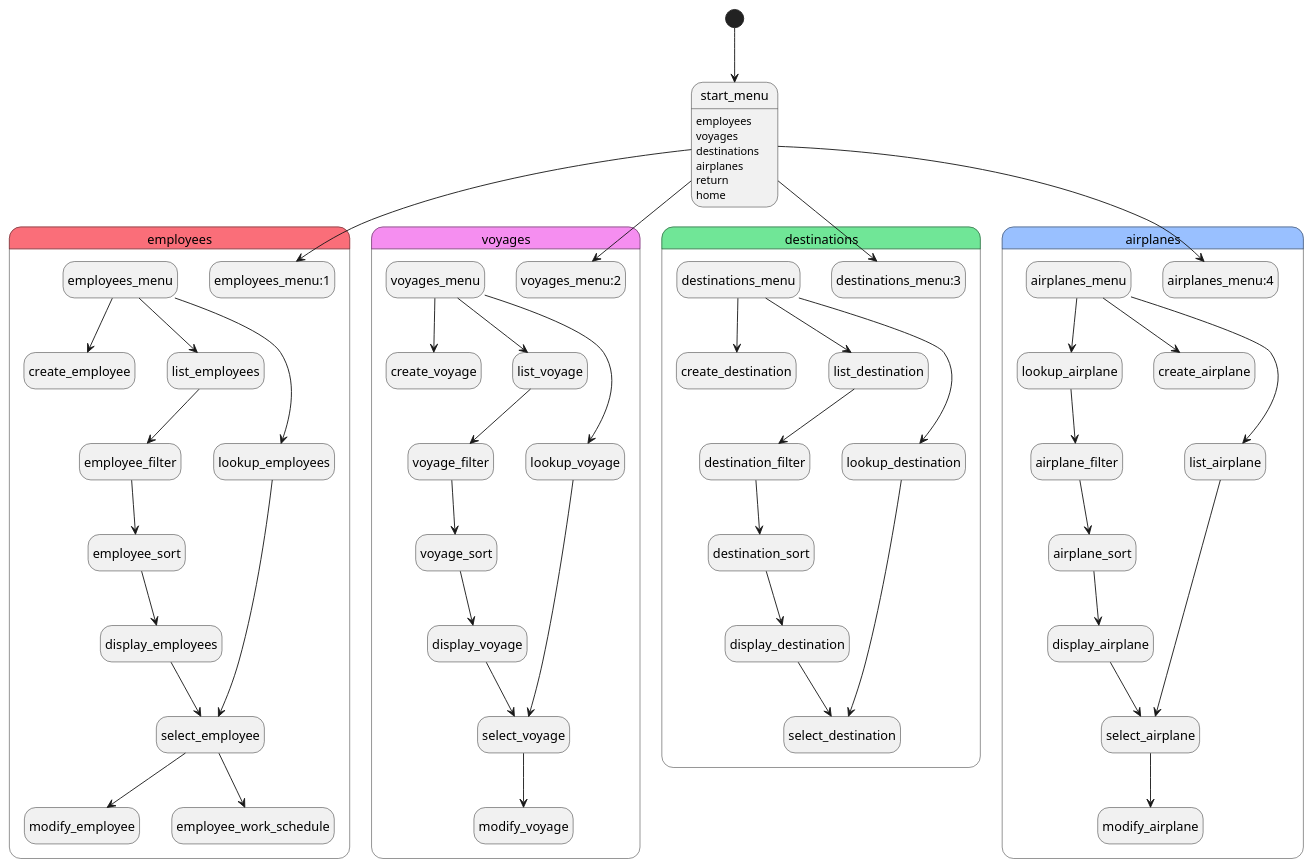
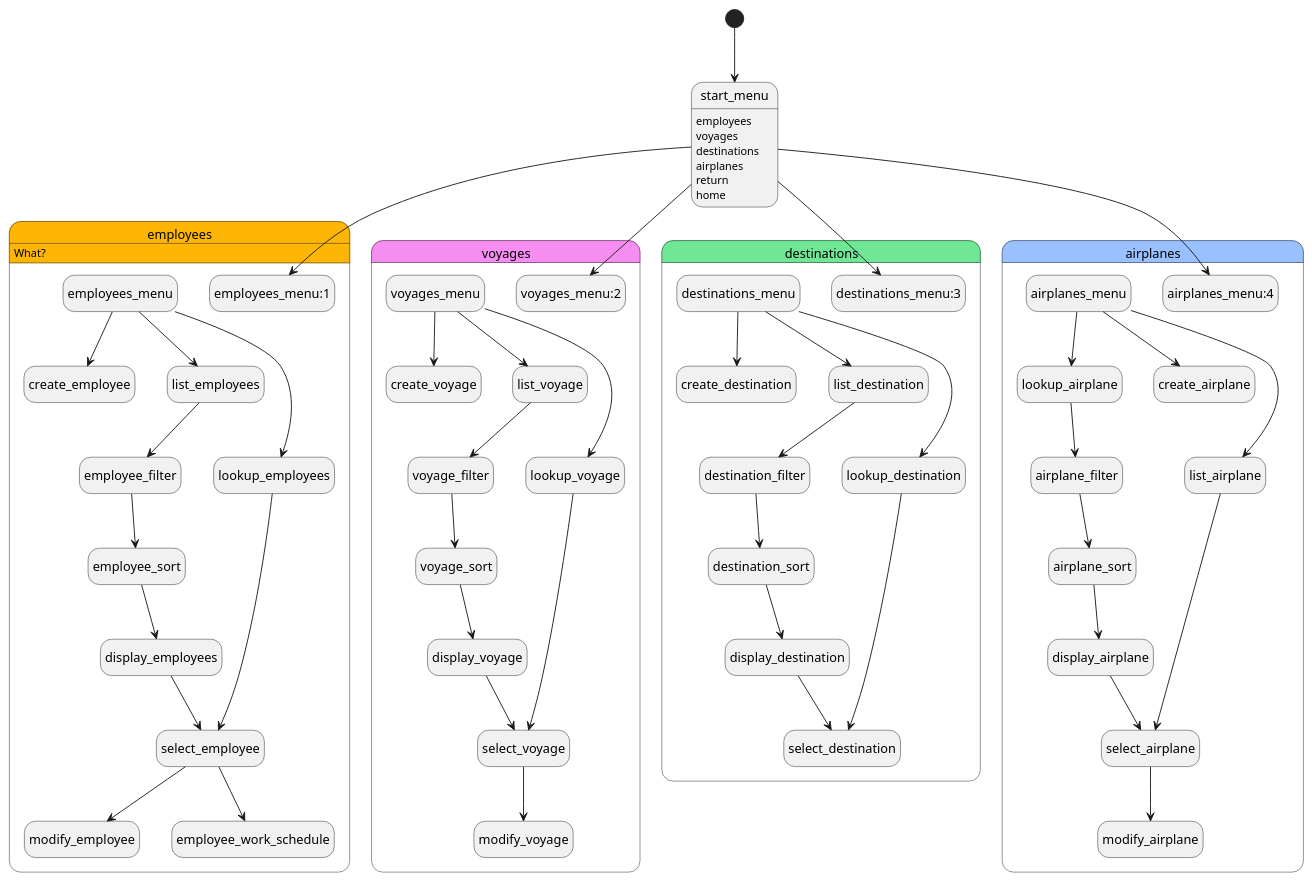
The diagram in state_diagrams/the_whole_kabang.puml (irmalexandra/vln1_chuck_nan), drawn with PlantUML before and after one commit.

```diff
--- a/state_diagrams/the_whole_kabang.puml
+++ b/state_diagrams/the_whole_kabang.puml
@@ -1,102 +1,103 @@
 @startuml all of it 
 hide empty description
 [*] --> start_menu
 start_menu:employees
 start_menu:voyages
 start_menu:destinations
 start_menu:airplanes
 start_menu:return
 start_menu:home
 ' -------------------------------------------------------------------------
 ' -------------------------------------------------------------------------
-state employees #fa6e79 {
+state employees #fcb603{
     start_menu --> employees_menu:1
 
     employees_menu --> create_employee
 
     employees_menu --> list_employees
     list_employees --> employee_filter
     employee_filter --> employee_sort
     employee_sort --> display_employees
     display_employees --> select_employee
 
     employees_menu --> lookup_employees
     lookup_employees --> select_employee
     select_employee --> modify_employee
     select_employee --> employee_work_schedule
 
 }
+employees:What? 
 
 
 
 ' -------------------------------------------------------------------------
 ' -------------------------------------------------------------------------
 state voyages #f58ef0 {
     start_menu --> voyages_menu:2
     voyages_menu --> create_voyage
 
     voyages_menu --> list_voyage
     list_voyage --> voyage_filter
     voyage_filter --> voyage_sort
     voyage_sort --> display_voyage
     display_voyage --> select_voyage
 
     select_voyage --> modify_voyage
 
     voyages_menu --> lookup_voyage
     lookup_voyage --> select_voyage
 }
 
 
 
 ' -------------------------------------------------------------------------
 ' -------------------------------------------------------------------------
 
 state destinations #70e697 {
     start_menu --> destinations_menu:3
 
     destinations_menu --> create_destination
 
     destinations_menu --> list_destination
     list_destination --> destination_filter
     destination_filter --> destination_sort
     destination_sort --> display_destination
 
     display_destination --> select_destination
 
     destinations_menu --> lookup_destination
     lookup_destination --> select_destination
 }
 
 
 
 ' -------------------------------------------------------------------------
 ' -------------------------------------------------------------------------
 
 state airplanes #99c0ff {
     start_menu --> airplanes_menu:4
 
     airplanes_menu --> lookup_airplane
     lookup_airplane --> airplane_filter
 
 
     airplane_filter --> airplane_sort
     airplane_sort --> display_airplane
     display_airplane --> select_airplane
     select_airplane --> modify_airplane
 
     airplanes_menu --> create_airplane
 
     airplanes_menu --> list_airplane
     list_airplane --> select_airplane
 }
 
 
 ' -------------------------------------------------------------------------
 ' -------------------------------------------------------------------------
 
 
 
 
 
 @enduml
```
